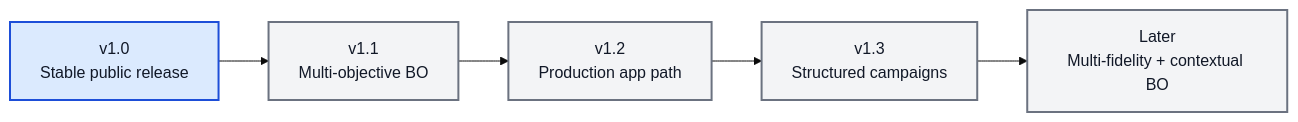
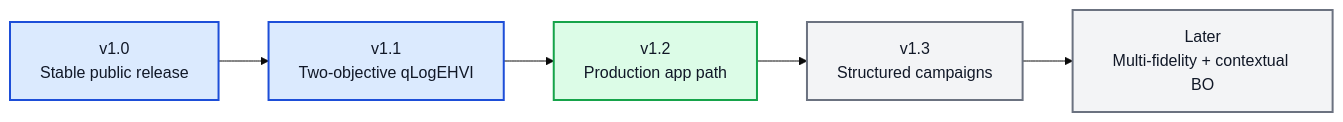
One commit to angzeli/bo-forge changed the diagram in ROADMAP_AFTER_V1.md. Above: the diagram before and after it, drawn with Mermaid (base theme). The commit also changed other lines of this file and 35 other files, not shown here.

Commit message:
v1.0.0 update: add multi-objective BO

````diff
--- a/ROADMAP_AFTER_V1.md
+++ b/ROADMAP_AFTER_V1.md
@@ -9,13 +7,12 @@
 ```mermaid
 flowchart LR
-    v10["v1.0<br/>Stable public release"] --> v11["v1.1<br/>Multi-objective BO"]
-    v11 --> v12["v1.2<br/>Production app path"]
-    v12 --> v13["v1.3<br/>Structured campaigns"]
-    v13 --> later["Later<br/>Multi-fidelity + contextual BO"]
+    v10["v1.0<br/>Stable public release"] --> v11["v1.1<br/>Two-objective qLogEHVI"] --> v12["v1.2<br/>Production app path"] --> v13["v1.3<br/>Structured campaigns"] --> later["Later<br/>Multi-fidelity + contextual BO"]
 
-    class v10 majorDone
-    class v11,v12,v13,later majorFuture
+    class v10,v11 majorDone
+    class v12 majorNext
+    class v13,later majorFuture
 
     classDef majorDone fill:#dbeafe,stroke:#1d4ed8,stroke-width:2px,color:#111827;
+    classDef majorNext fill:#dcfce7,stroke:#16a34a,stroke-width:2px,color:#111827;
     classDef majorFuture fill:#f3f4f6,stroke:#6b7280,stroke-width:2px,color:#111827;
 ```
````
